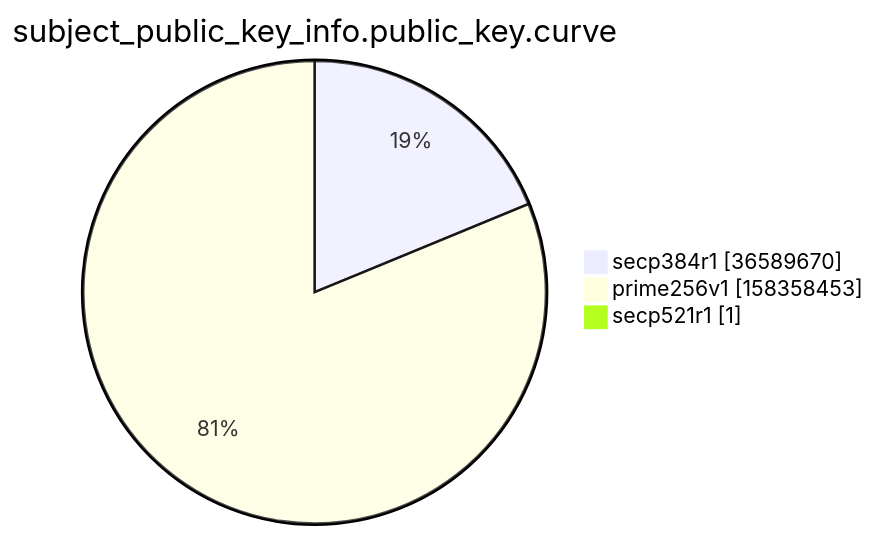
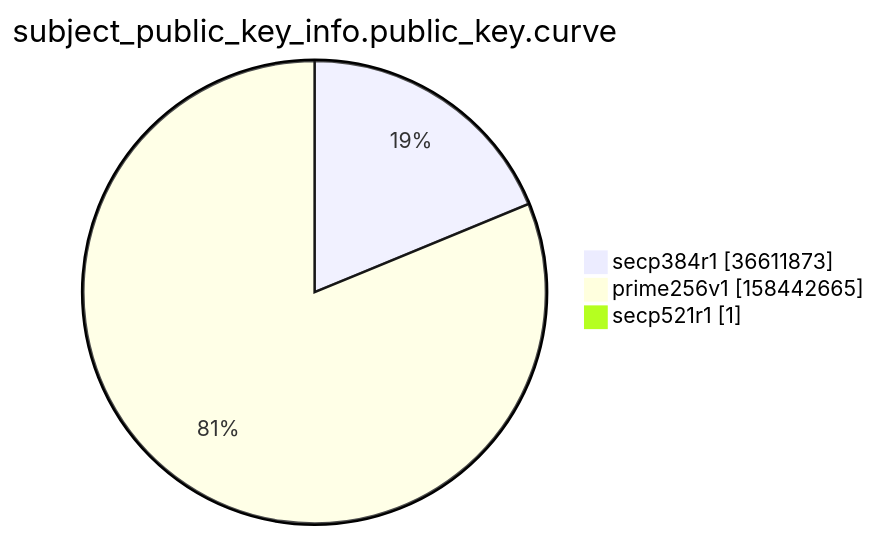
Before and after one commit to christiankrug/ctmonitor_visualization: the ninth of 15 diagrams in argon2022/README.md, drawn with Mermaid. The commit also changed other lines of this file, not shown here.

````diff
--- a/argon2022/README.md
+++ b/argon2022/README.md
@@ -2766,7 +2766,7 @@
 ```mermaid
 pie showData
 title subject_public_key_info.public_key.curve
-"secp384r1" :36589670
-"prime256v1" :158358453
+"secp384r1" :36611873
+"prime256v1" :158442665
 "secp521r1" :1
 ```
````
